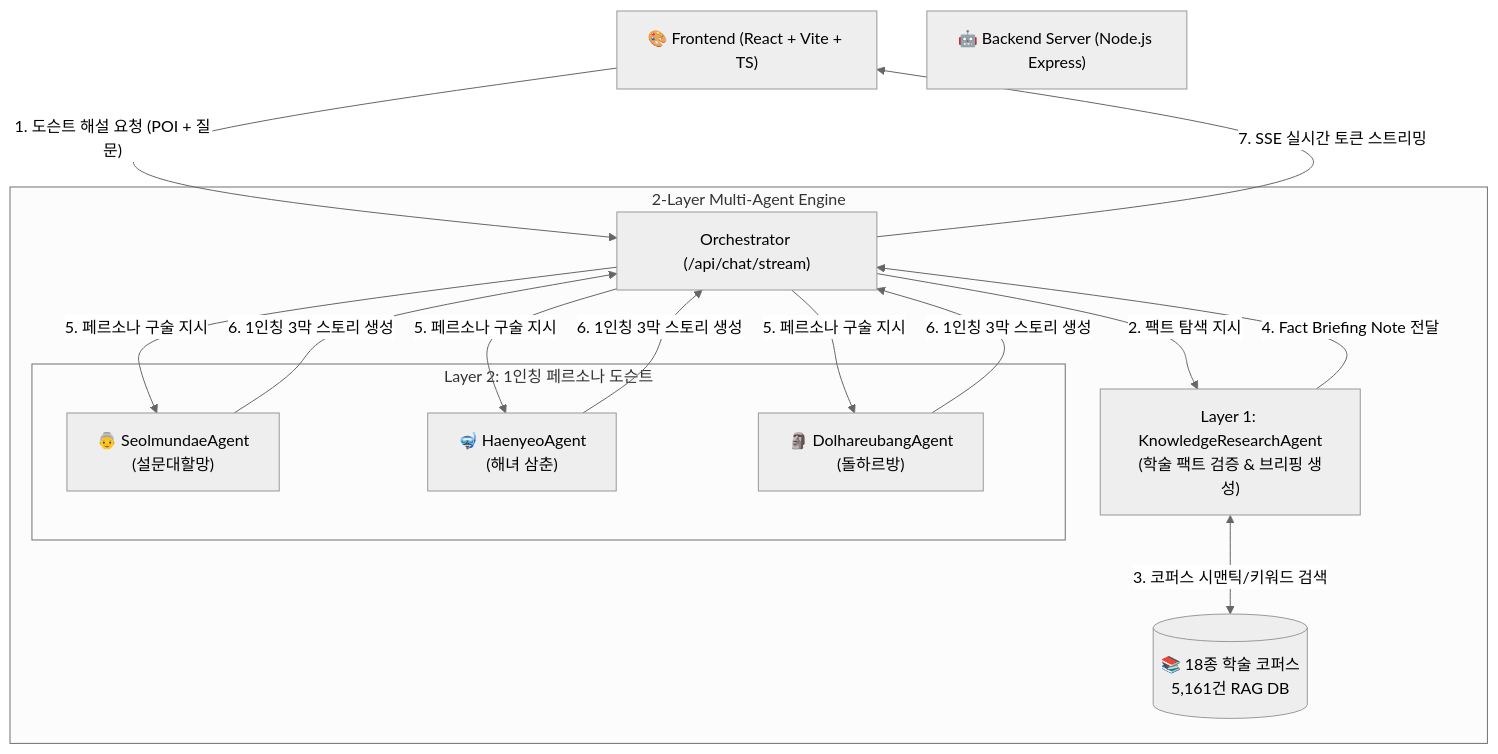
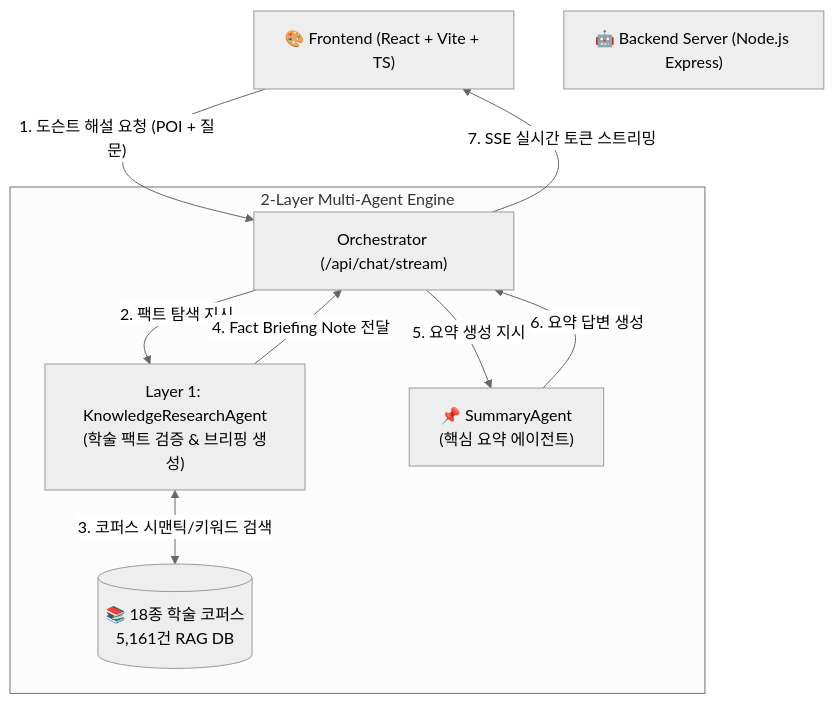
Before and after one commit to Gukui0516/Docent-in-hand: the diagram in README.md, drawn with Mermaid (neutral theme). The commit also changed other lines of this file and 4 other files, not shown here.

````diff
--- a/README.md
+++ b/README.md
@@ -57,25 +59,21 @@
 ```mermaid
 graph TD
     Client["🎨 Frontend (React + Vite + TS)"]
     Server["🤖 Backend Server (Node.js Express)"]
     
     subgraph "2-Layer Multi-Agent Engine"
         Orchestrator["Orchestrator (/api/chat/stream)"]
         Researcher["Layer 1: KnowledgeResearchAgent<br/>(학술 팩트 검증 & 브리핑 생성)"]
         Corpus[("📚 18종 학술 코퍼스<br/>5,161건 RAG DB")]
         
-        subgraph "Layer 2: 1인칭 페르소나 도슨트"
-            P1["👵 SeolmundaeAgent<br/>(설문대할망)"]
-            P2["🤿 HaenyeoAgent<br/>(해녀 삼춘)"]
-            P3["🗿 DolhareubangAgent<br/>(돌하르방)"]
-        end
+        Summary["📌 SummaryAgent<br/>(핵심 요약 에이전트)"]
     end
 
     Client -->|"1. 도슨트 해설 요청 (POI + 질문)"| Orchestrator
     Orchestrator -->|"2. 팩트 탐색 지시"| Researcher
     Researcher <-->|"3. 코퍼스 시맨틱/키워드 검색"| Corpus
     Researcher -->|"4. Fact Briefing Note 전달"| Orchestrator
-    Orchestrator -->|"5. 페르소나 구술 지시"| P1 & P2 & P3
-    P1 & P2 & P3 -->|"6. 1인칭 3막 스토리 생성"| Orchestrator
+    Orchestrator -->|"5. 요약 생성 지시"| Summary
+    Summary -->|"6. 요약 답변 생성"| Orchestrator
     Orchestrator -->|"7. SSE 실시간 토큰 스트리밍"| Client
 ```
````
